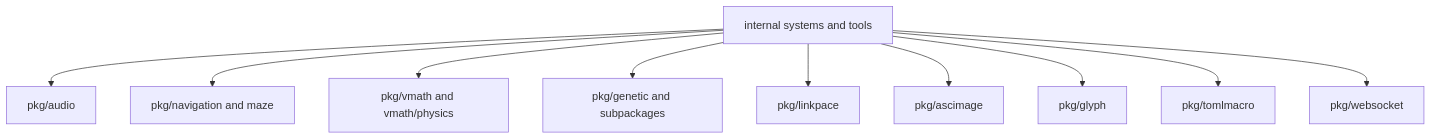
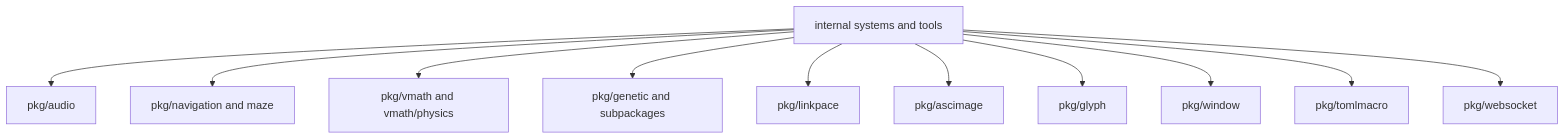
One commit to lixenwraith/vif changed the fourth of 4 diagrams in doc/package-map.md. Above: the diagram before and after it, drawn with Mermaid. The commit also changed other lines of this file and 14 other files, not shown here.

````diff
--- a/doc/package-map.md
+++ b/doc/package-map.md
@@ -108,12 +108,13 @@
 ```mermaid
 flowchart TD
     Game["internal systems and tools"] --> Audio["pkg/audio"]
     Game --> Nav["pkg/navigation and maze"]
     Game --> Physics["pkg/vmath and vmath/physics"]
     Game --> Genetic["pkg/genetic and subpackages"]
     Game --> Link["pkg/linkpace"]
     Game --> Image["pkg/ascimage"]
     Game --> Glyph["pkg/glyph"]
+    Game --> Window["pkg/window"]
     Game --> Macro["pkg/tomlmacro"]
     Game --> Socket["pkg/websocket"]
 ```
````
